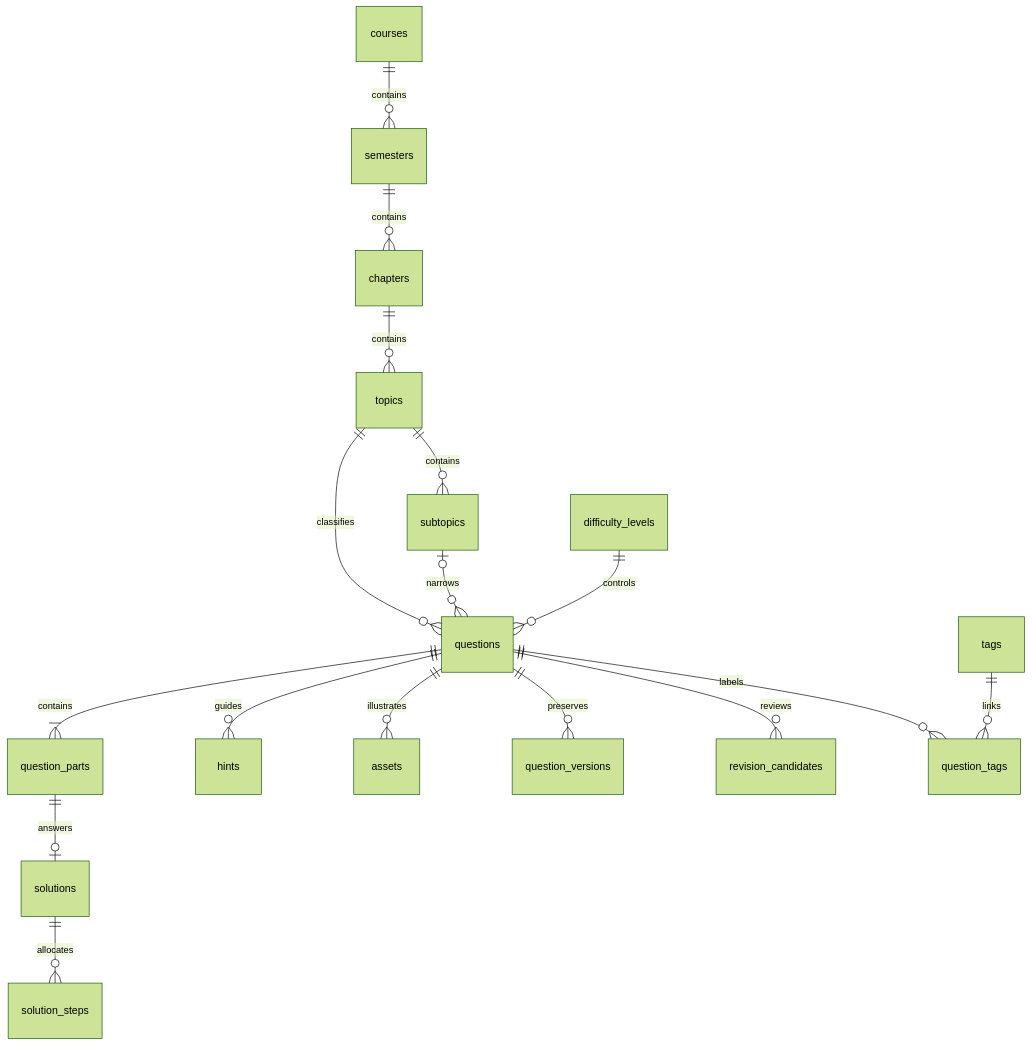
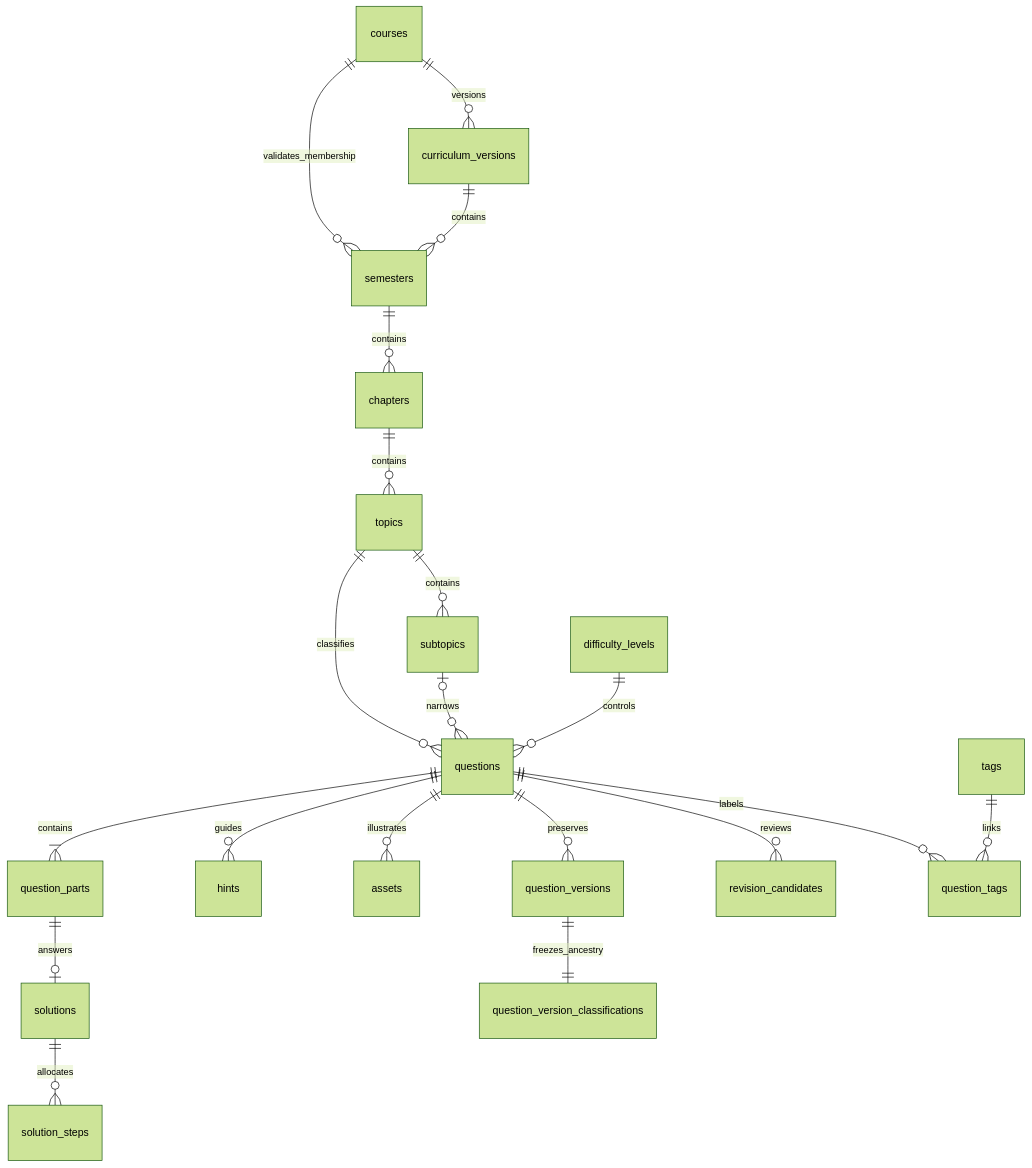
One commit to pekchunhoe/matriculation-physics-question-bank changed the diagram in docs/architecture.md. Above: the diagram before and after it, drawn with Mermaid (forest theme). The commit also changed other lines of this file and 32 other files, not shown here.

Commit message:
Add editable curriculum versions and production audit

````diff
--- a/docs/architecture.md
+++ b/docs/architecture.md
@@ -3,19 +3,22 @@
 ```mermaid
 erDiagram
-    courses ||--o{ semesters : contains
+    courses ||--o{ curriculum_versions : versions
+    courses ||--o{ semesters : validates_membership
+    curriculum_versions ||--o{ semesters : contains
     semesters ||--o{ chapters : contains
     chapters ||--o{ topics : contains
     topics ||--o{ subtopics : contains
     topics ||--o{ questions : classifies
     subtopics o|--o{ questions : narrows
     difficulty_levels ||--o{ questions : controls
     questions ||--|{ question_parts : contains
     question_parts ||--o| solutions : answers
     solutions ||--o{ solution_steps : allocates
     questions ||--o{ hints : guides
     questions ||--o{ assets : illustrates
     questions ||--o{ question_versions : preserves
+    question_versions ||--|| question_version_classifications : freezes_ancestry
     questions ||--o{ revision_candidates : reviews
     questions ||--o{ question_tags : labels
     tags ||--o{ question_tags : links
 ```
````
